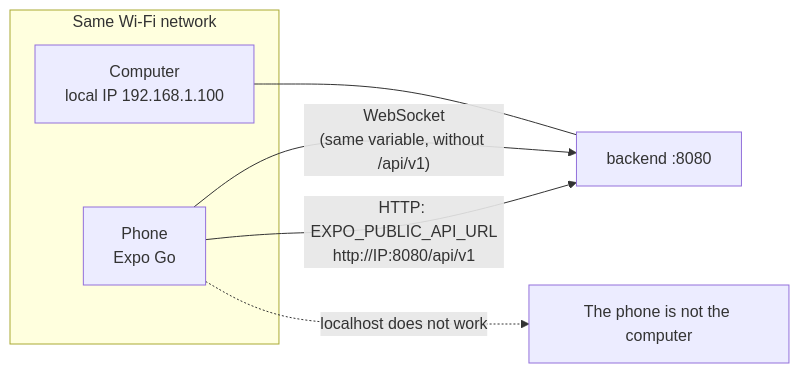
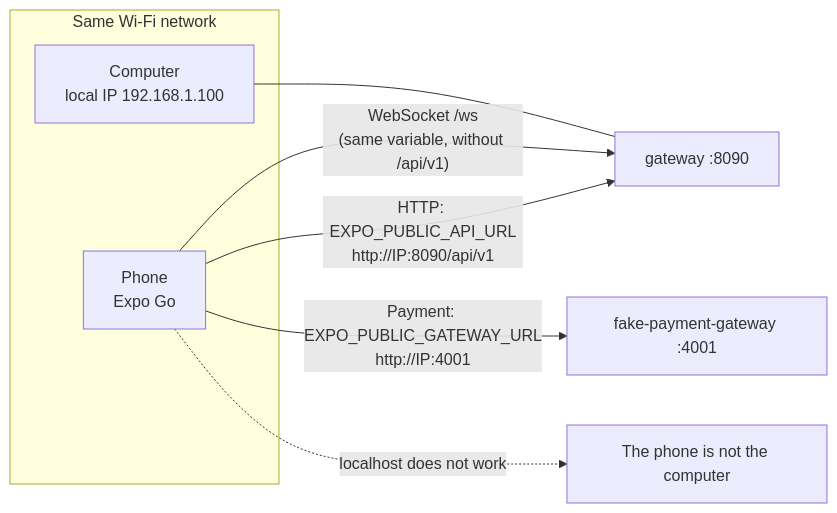
One commit to TheJhampierBoy/TuEvento-Docs changed the fifth of 6 diagrams in en/11_Manual_Instalacion.md. Above: the diagram before and after it, drawn with Mermaid. The commit also changed other lines of this file and 1 other file, not shown here.

First line of the commit message:
docs: update installation manual to v1.2.0 (gateway and microservices)

````diff
--- a/en/11_Manual_Instalacion.md
+++ b/en/11_Manual_Instalacion.md
@@ -491,11 +623,12 @@
 ```mermaid
 flowchart LR
-    subgraph NET["Same Wi-Fi network"]
+    subgraph RED["Same Wi-Fi network"]
         T["Phone<br/>Expo Go"]
         PC["Computer<br/>local IP 192.168.1.100"]
     end
-    T -->|"HTTP: EXPO_PUBLIC_API_URL<br/>http://IP:8080/api/v1"| BK["backend :8080"]
-    T -->|"WebSocket<br/>(same variable, without /api/v1)"| BK
-    PC --- BK
+    T -->|"HTTP: EXPO_PUBLIC_API_URL<br/>http://IP:8090/api/v1"| GW["gateway :8090"]
+    T -->|"WebSocket /ws<br/>(same variable, without /api/v1)"| GW
+    T -->|"Payment: EXPO_PUBLIC_GATEWAY_URL<br/>http://IP:4001"| FG["fake-payment-gateway :4001"]
+    PC --- GW
     T -.->|"localhost does not work"| X["The phone is not the computer"]
 ```
````
